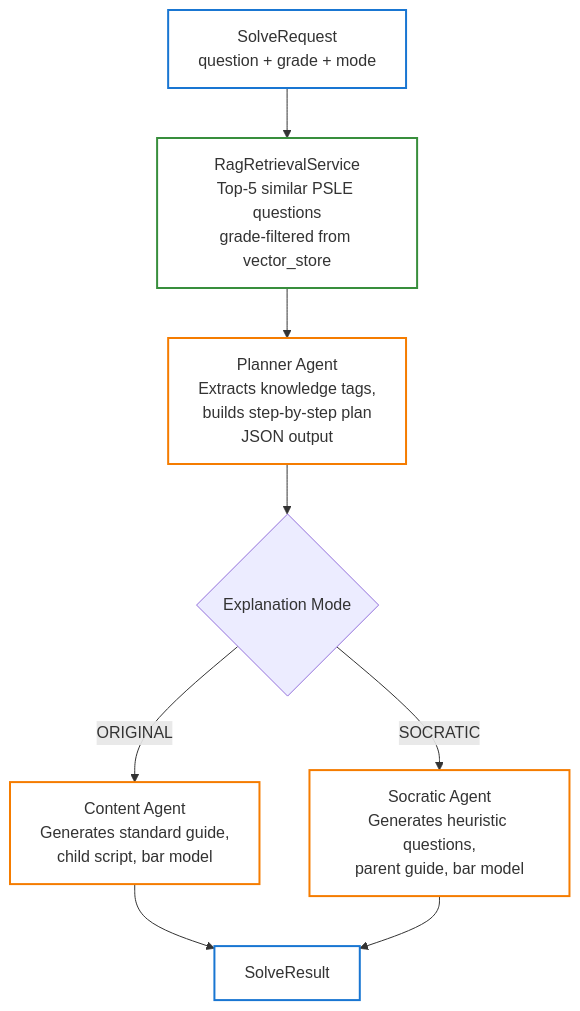
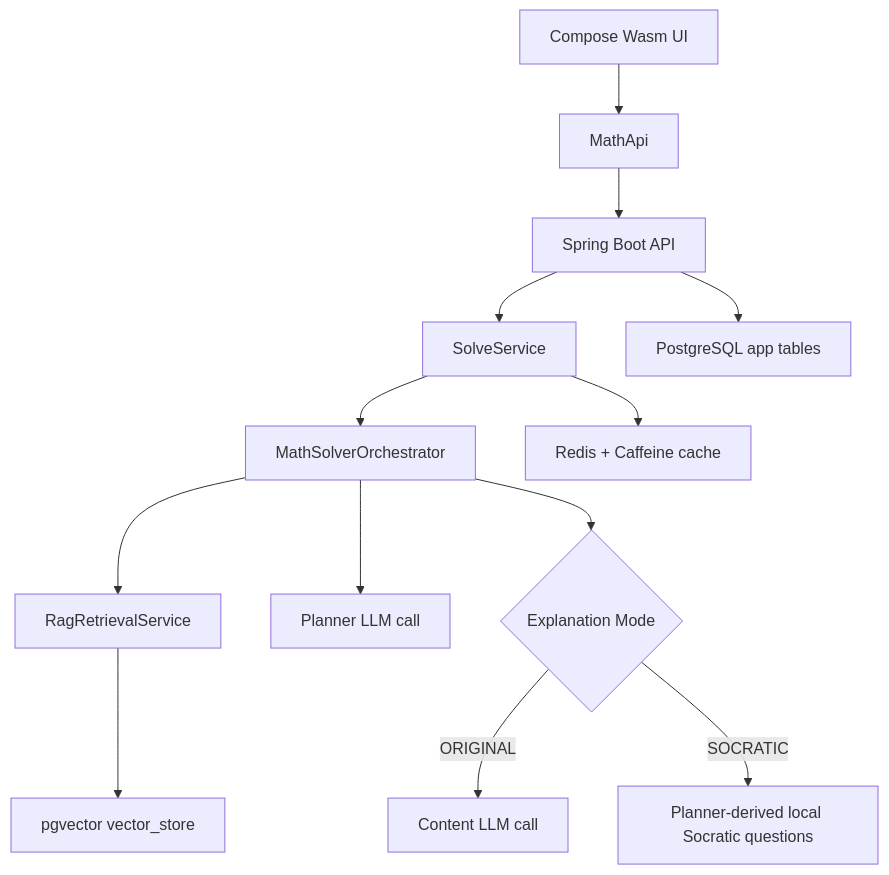
Before and after one commit to meirongdev/math-learning: the diagram in docs/architecture.md, drawn with Mermaid. The commit also changed other lines of this file and 42 other files, not shown here.

````diff
--- a/docs/architecture.md
+++ b/docs/architecture.md
@@ -25,17 +24,15 @@
 ```mermaid
 graph TD
-    A[SolveRequest\nquestion + grade + mode] --> B[RagRetrievalService\nTop-5 similar PSLE questions\ngrade-filtered from vector_store]
-    B --> C[Planner Agent\nExtracts knowledge tags,\nbuilds step-by-step plan\nJSON output]
-    C --> D{Explanation Mode}
-    D -- ORIGINAL --> E[Content Agent\nGenerates standard guide,\nchild script, bar model]
-    D -- SOCRATIC --> F[Socratic Agent\nGenerates heuristic questions,\nparent guide, bar model]
-    E --> G[SolveResult]
-    F --> G[SolveResult]
-
-    classDef io fill:#fff,stroke:#1976d2,stroke-width:2px
-    classDef agent fill:#fff,stroke:#f57c00,stroke-width:2px
-    classDef rag fill:#fff,stroke:#388e3c,stroke-width:2px
-    class A,G io
-    class C,E,F agent
-    class B rag
+    A[Compose Wasm UI] --> B[MathApi]
+    B --> C[Spring Boot API]
+    C --> D[SolveService]
+    D --> E[MathSolverOrchestrator]
+    E --> F[RagRetrievalService]
+    F --> G[pgvector vector_store]
+    E --> H[Planner LLM call]
+    E --> I{Explanation Mode}
+    I -- ORIGINAL --> J[Content LLM call]
+    I -- SOCRATIC --> K[Planner-derived local Socratic questions]
+    D --> L[Redis + Caffeine cache]
+    C --> M[PostgreSQL app tables]
 ```
````
